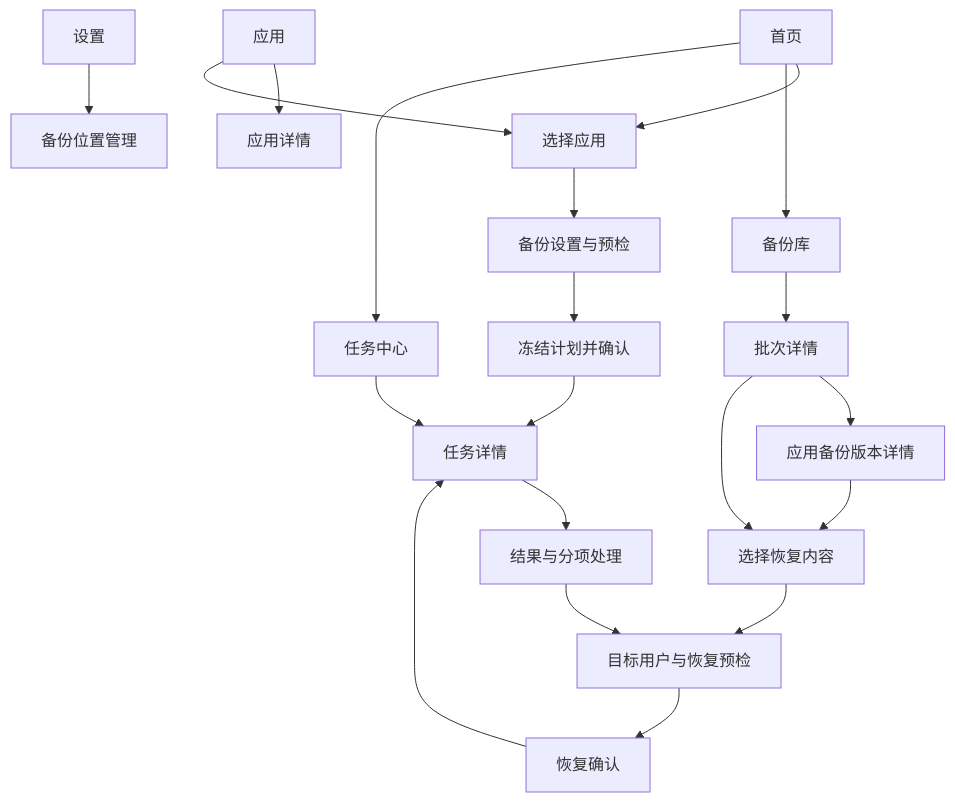
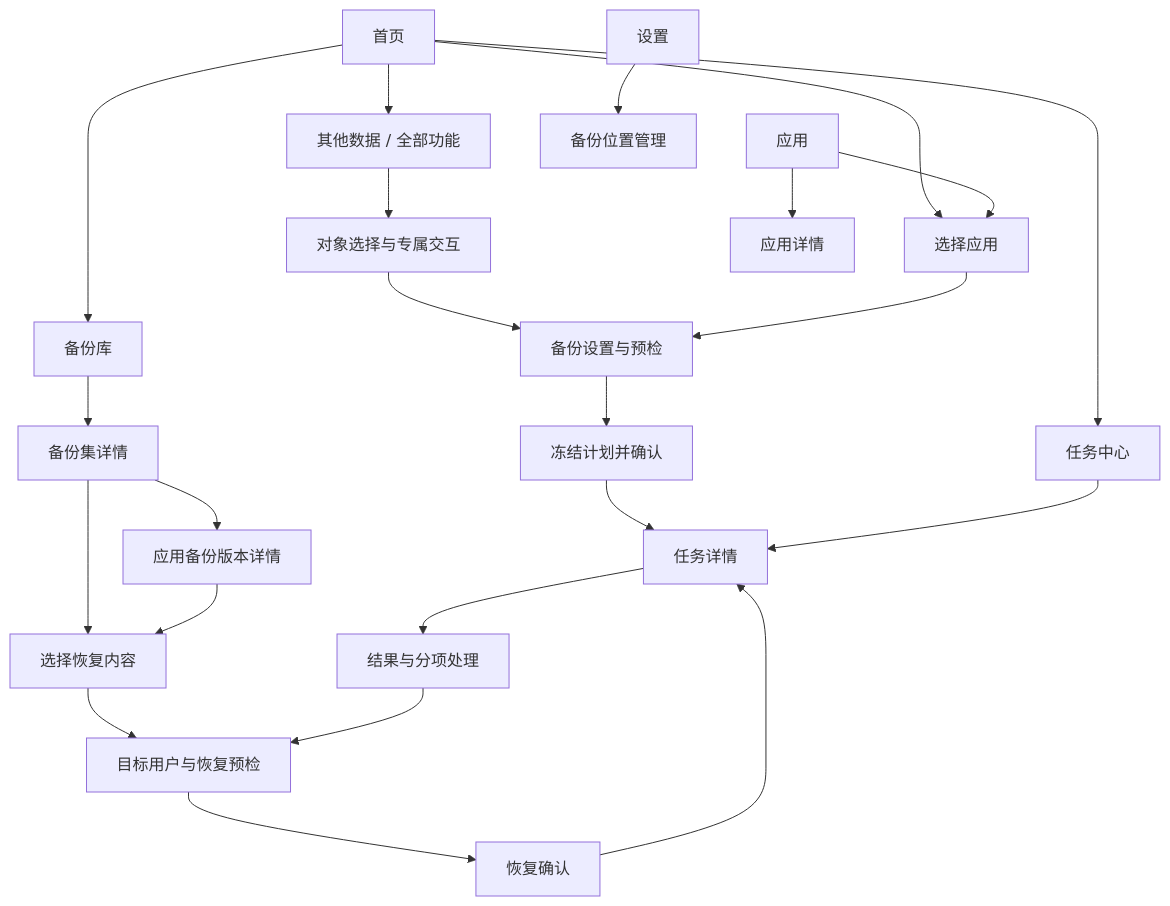
The diagram in docs/UI-SPEC.md (KiritoXDone/HyperBackup), drawn with Mermaid before and after one commit. The commit also changed other lines of this file and 15 other files, not shown here.

````diff
--- a/docs/UI-SPEC.md
+++ b/docs/UI-SPEC.md
@@ -17,22 +36,25 @@
 ```mermaid
 flowchart TD
   H[首页] --> AS[选择应用]
   H --> L[备份库]
   H --> T[任务中心]
+  H --> O[其他数据 / 全部功能]
+  O --> OS[对象选择与专属交互]
+  OS --> BP
   A[应用] --> AD[应用详情]
   A --> AS
   AS --> BP[备份设置与预检]
   BP --> C[冻结计划并确认]
   C --> TD[任务详情]
-  L --> BD[批次详情]
+  L --> BD[备份集详情]
   BD --> V[应用备份版本详情]
   BD --> RS[选择恢复内容]
   V --> RS
   RS --> RP[目标用户与恢复预检]
   RP --> RC[恢复确认]
   RC --> TD
   T --> TD
   S[设置] --> D[备份位置管理]
   TD --> R[结果与分项处理]
   R --> RP
 ```
````
